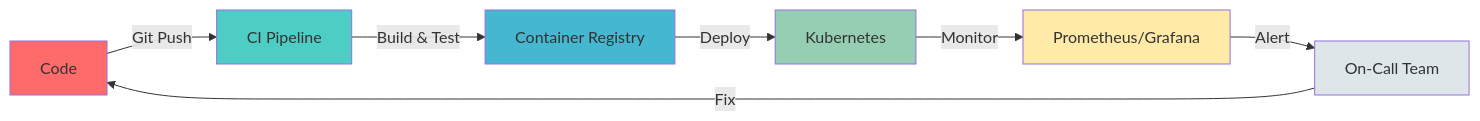
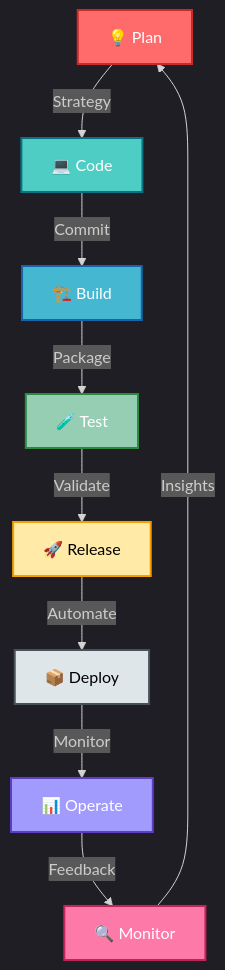
Before and after one commit to Amine-Yousfi/Amine-Yousfi: the diagram in README.md, drawn with Mermaid. The commit also changed other lines of this file, not shown here.

````diff
--- a/README.md
+++ b/README.md
@@ -120,16 +238,21 @@
 ```mermaid
-graph LR
-    A[Code] -->|Git Push| B[CI Pipeline]
-    B -->|Build & Test| C[Container Registry]
-    C -->|Deploy| D[Kubernetes]
-    D -->|Monitor| E[Prometheus/Grafana]
-    E -->|Alert| F[On-Call Team]
-    F -->|Fix| A
+%%{init: {'theme':'dark'}}%%
+graph TB
+    A[💡 Plan] -->|Strategy| B[💻 Code]
+    B -->|Commit| C[🏗️ Build]
+    C -->|Package| D[🧪 Test]
+    D -->|Validate| E[🚀 Release]
+    E -->|Automate| F[📦 Deploy]
+    F -->|Monitor| G[📊 Operate]
+    G -->|Feedback| H[🔍 Monitor]
+    H -->|Insights| A
     
-    style A fill:#FF6B6B
-    style B fill:#4ECDC4
-    style C fill:#45B7D1
-    style D fill:#96CEB4
-    style E fill:#FFEAA7
-    style F fill:#DFE6E9
+    style A fill:#FF6B6B,stroke:#C92A2A,stroke-width:2px,color:#fff
+    style B fill:#4ECDC4,stroke:#0B7285,stroke-width:2px,color:#fff
+    style C fill:#45B7D1,stroke:#1864AB,stroke-width:2px,color:#fff
+    style D fill:#96CEB4,stroke:#2B8A3E,stroke-width:2px,color:#fff
+    style E fill:#FFEAA7,stroke:#F59F00,stroke-width:2px,color:#000
+    style F fill:#DFE6E9,stroke:#495057,stroke-width:2px,color:#000
+    style G fill:#A29BFE,stroke:#5F3DC4,stroke-width:2px,color:#fff
+    style H fill:#FD79A8,stroke:#C2255C,stroke-width:2px,color:#fff
 ```
````
